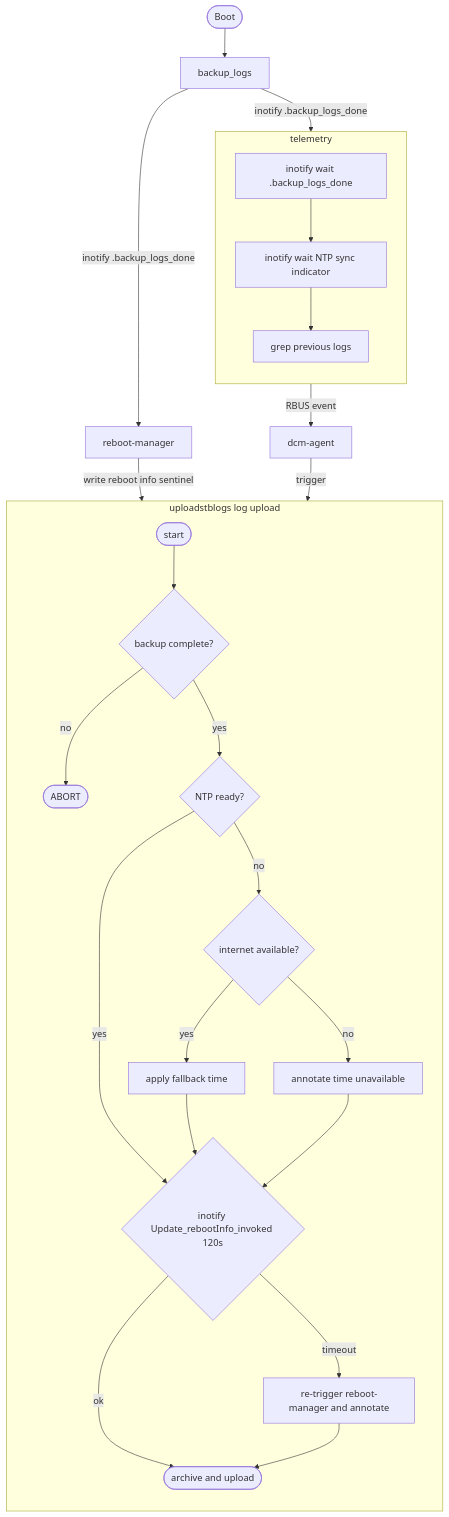
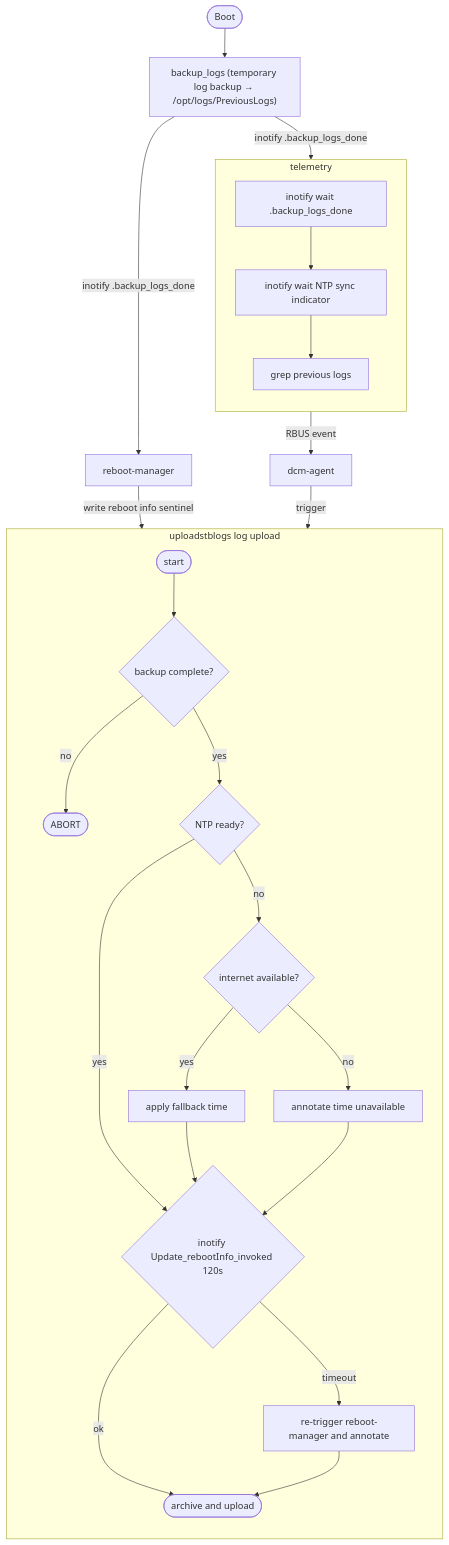
Before and after one commit to rdkcentral/dcm-agent: the second of 2 diagrams in stateanalysis.md, drawn with Mermaid. The commit also changed other lines of this file, not shown here.

````diff
--- a/stateanalysis.md
+++ b/stateanalysis.md
@@ -46,37 +46,37 @@
 ```mermaid
 flowchart TB
     BOOT([Boot])
 
-    BOOT --> BL[backup_logs]
+    BOOT --> BL["backup_logs (temporary log backup → /opt/logs/PreviousLogs)"]
 
     BL -->|inotify .backup_logs_done| RM[reboot-manager]
     BL -->|inotify .backup_logs_done| TEL_BL
 
     RM  -->|write reboot info sentinel| W
 
     subgraph TEL [telemetry]
         direction TB
         TEL_BL[inotify wait .backup_logs_done] --> TEL_NTP[inotify wait NTP sync indicator]
         TEL_NTP --> TEL_GREP[grep previous logs]
     end
 
     TEL_GREP -->|RBUS event| DCM[dcm-agent]
 
     subgraph UL [uploadstblogs log upload]
         direction TB
         S([start]) --> G1{"backup complete?"}
         G1 -- no  --> ABORT([ABORT])
         G1 -- yes --> G2{"NTP ready?"}
         G2 -- yes --> W{"inotify Update_rebootInfo_invoked 120s"}
         G2 -- no  --> G3{"internet available?"}
         G3 -- yes --> FALLBACK[apply fallback time]
         G3 -- no  --> ANNOT[annotate time unavailable]
         FALLBACK --> W
         ANNOT --> W
         W -- ok      --> DONE([archive and upload])
         W -- timeout --> TRIG[re-trigger reboot-manager and annotate]
         TRIG --> DONE
     end
 
     DCM -->|trigger| S
 ```
````
